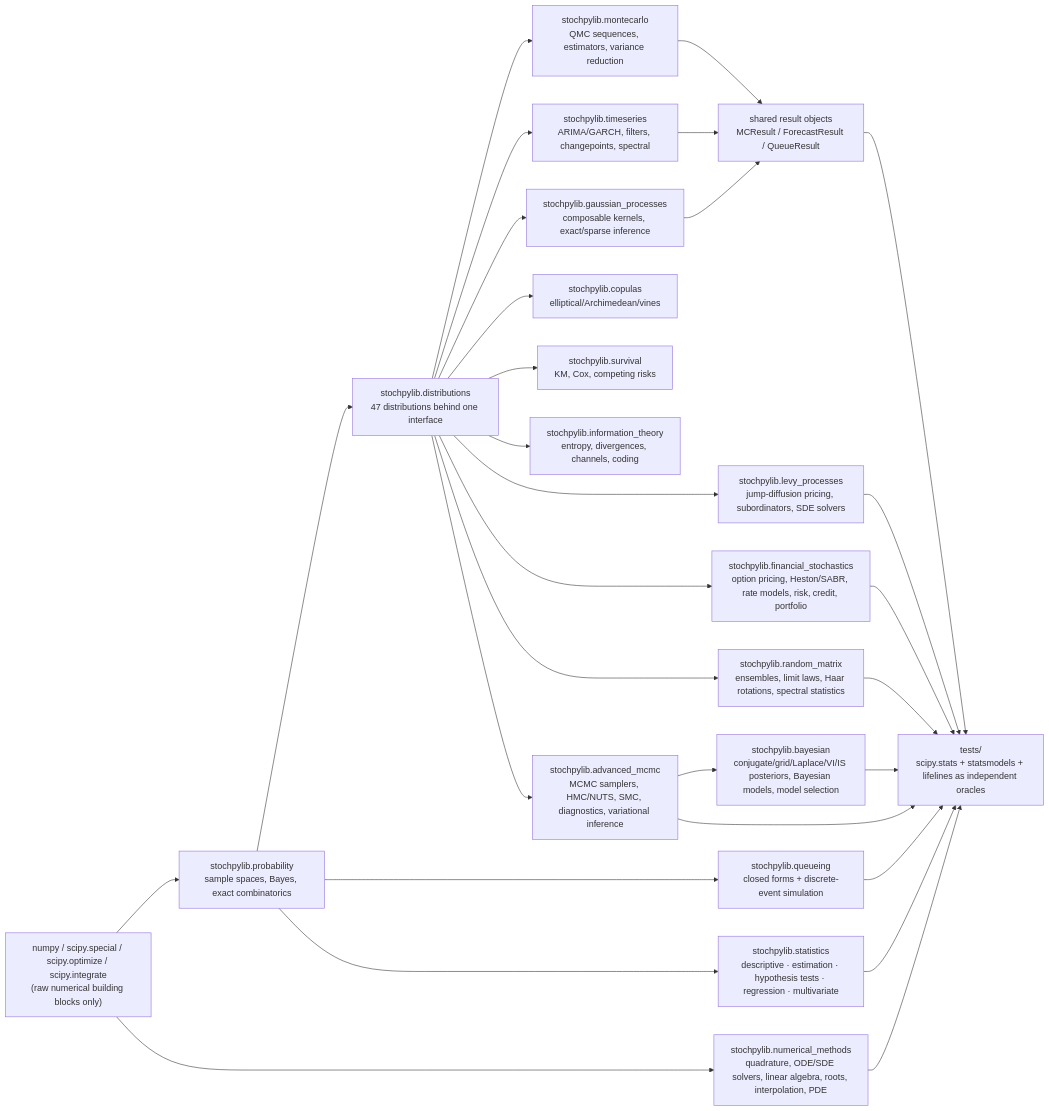
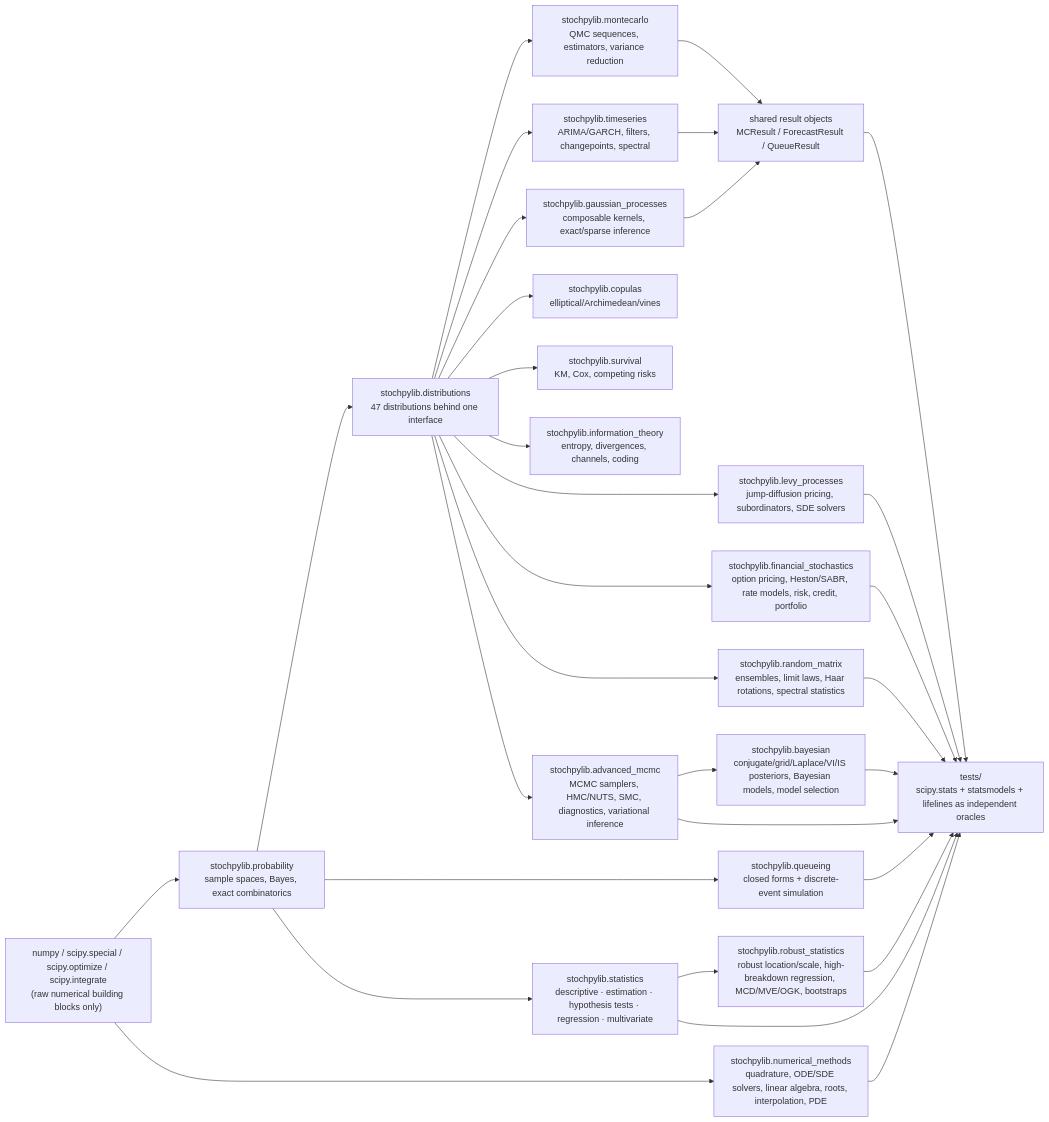
One commit to leon1706-lol/Stochpylib changed the first of 2 diagrams in development/architecture.md. Above: the diagram before and after it, drawn with Mermaid. The commit also changed other lines of this file and 33 other files, not shown here.

Commit message:
V0.14.0 robust_statistics

````diff
--- a/development/architecture.md
+++ b/development/architecture.md
@@ -29,31 +29,33 @@
 ```mermaid
 flowchart LR
     A["numpy / scipy.special / scipy.optimize / scipy.integrate<br/>(raw numerical building blocks only)"] --> B["stochpylib.probability<br/>sample spaces, Bayes, exact combinatorics"]
     B --> C["stochpylib.distributions<br/>47 distributions behind one interface"]
     C --> D["stochpylib.montecarlo<br/>QMC sequences, estimators, variance reduction"]
     C --> E["stochpylib.timeseries<br/>ARIMA/GARCH, filters, changepoints, spectral"]
     C --> F["stochpylib.gaussian_processes<br/>composable kernels, exact/sparse inference"]
     C --> G["stochpylib.copulas<br/>elliptical/Archimedean/vines"]
     C --> H["stochpylib.survival<br/>KM, Cox, competing risks"]
     B --> I["stochpylib.queueing<br/>closed forms + discrete-event simulation"]
     C --> J["stochpylib.information_theory<br/>entropy, divergences, channels, coding"]
     C --> M["stochpylib.levy_processes<br/>jump-diffusion pricing, subordinators, SDE solvers"]
     C --> N["stochpylib.financial_stochastics<br/>option pricing, Heston/SABR, rate models, risk, credit, portfolio"]
     B --> O["stochpylib.statistics<br/>descriptive · estimation · hypothesis tests · regression · multivariate"]
     C --> P["stochpylib.random_matrix<br/>ensembles, limit laws, Haar rotations, spectral statistics"]
     C --> Q["stochpylib.advanced_mcmc<br/>MCMC samplers, HMC/NUTS, SMC, diagnostics, variational inference"]
     A --> R["stochpylib.numerical_methods<br/>quadrature, ODE/SDE solvers, linear algebra, roots, interpolation, PDE"]
     Q --> S["stochpylib.bayesian<br/>conjugate/grid/Laplace/VI/IS posteriors, Bayesian models, model selection"]
+    O --> T["stochpylib.robust_statistics<br/>robust location/scale, high-breakdown regression, MCD/MVE/OGK, bootstraps"]
     D --> K["shared result objects<br/>MCResult / ForecastResult / QueueResult"]
     E --> K
     F --> K
     K --> L["tests/<br/>scipy.stats + statsmodels + lifelines as independent oracles"]
     I --> L
     M --> L
     N --> L
     O --> L
     P --> L
     Q --> L
     R --> L
     S --> L
+    T --> L
 ```
````
